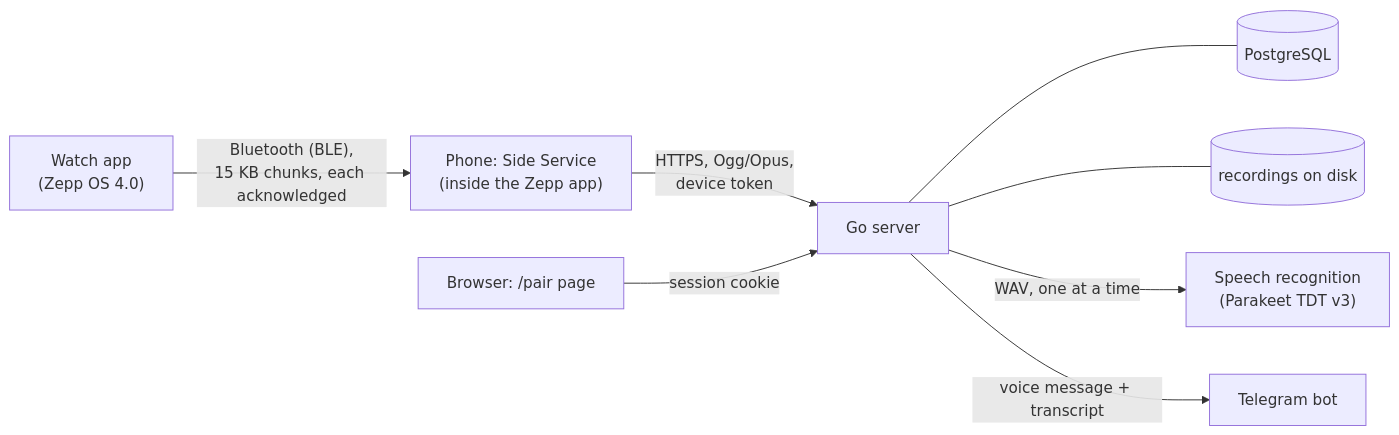
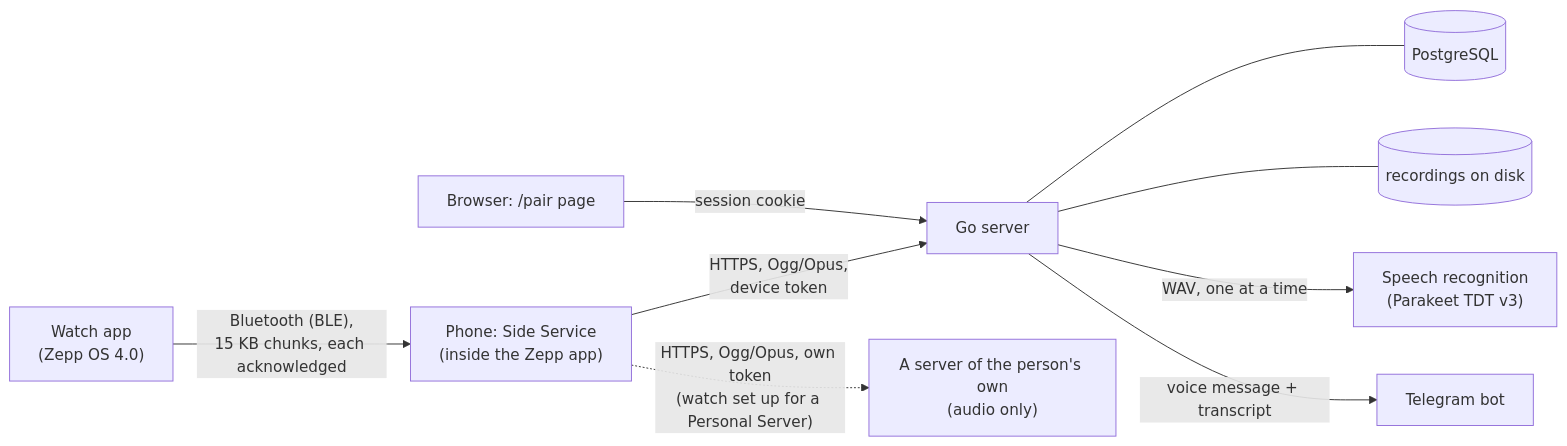
The first of 5 diagrams in docs/architecture.md (ArturSharafutdinov/PigeonDrop), drawn with Mermaid before and after one commit. The commit also changed 2 other files, not shown here.

Commit message:
README: show that the audio can go straight to a server of your own
The diagram has the second path, a table says what each one gives, and the Personal Server mode is in the
feature list, the engineering notes, the quick start, the unverified list and the privacy text.

````diff
--- a/docs/architecture.md
+++ b/docs/architecture.md
@@ -9,10 +9,11 @@
 ```mermaid
 flowchart LR
     W["Watch app<br/>(Zepp OS 4.0)"] -- "Bluetooth (BLE),<br/>15 KB chunks, each acknowledged" --> P["Phone: Side Service<br/>(inside the Zepp app)"]
     P -- "HTTPS, Ogg/Opus,<br/>device token" --> S["Go server"]
+    P -. "HTTPS, Ogg/Opus, own token<br/>(watch set up for a Personal Server)" .-> O["A server of the person's own<br/>(audio only)"]
     S --- DB[("PostgreSQL")]
     S --- FS[("recordings on disk")]
     S -- "WAV, one at a time" --> T["Speech recognition<br/>(Parakeet TDT v3)"]
     S -- "voice message + transcript" --> G["Telegram bot"]
     U["Browser: /pair page"] -- "session cookie" --> S
 ```
````
